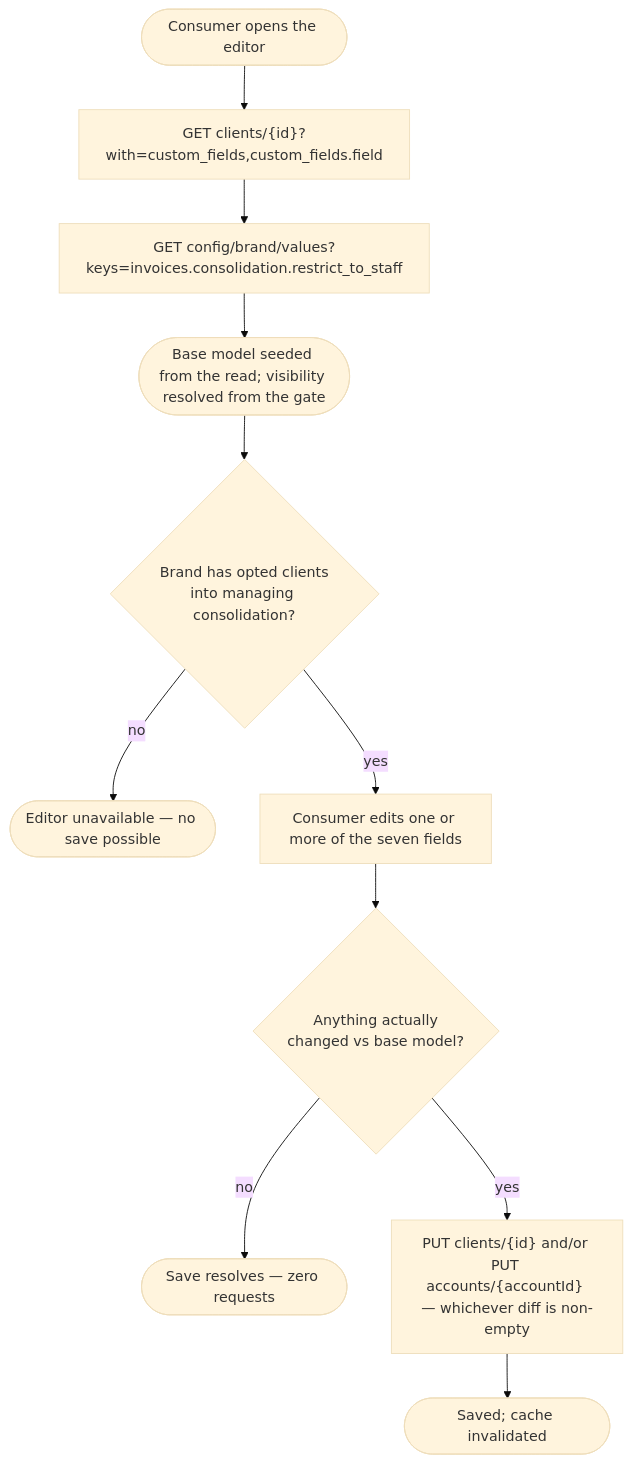
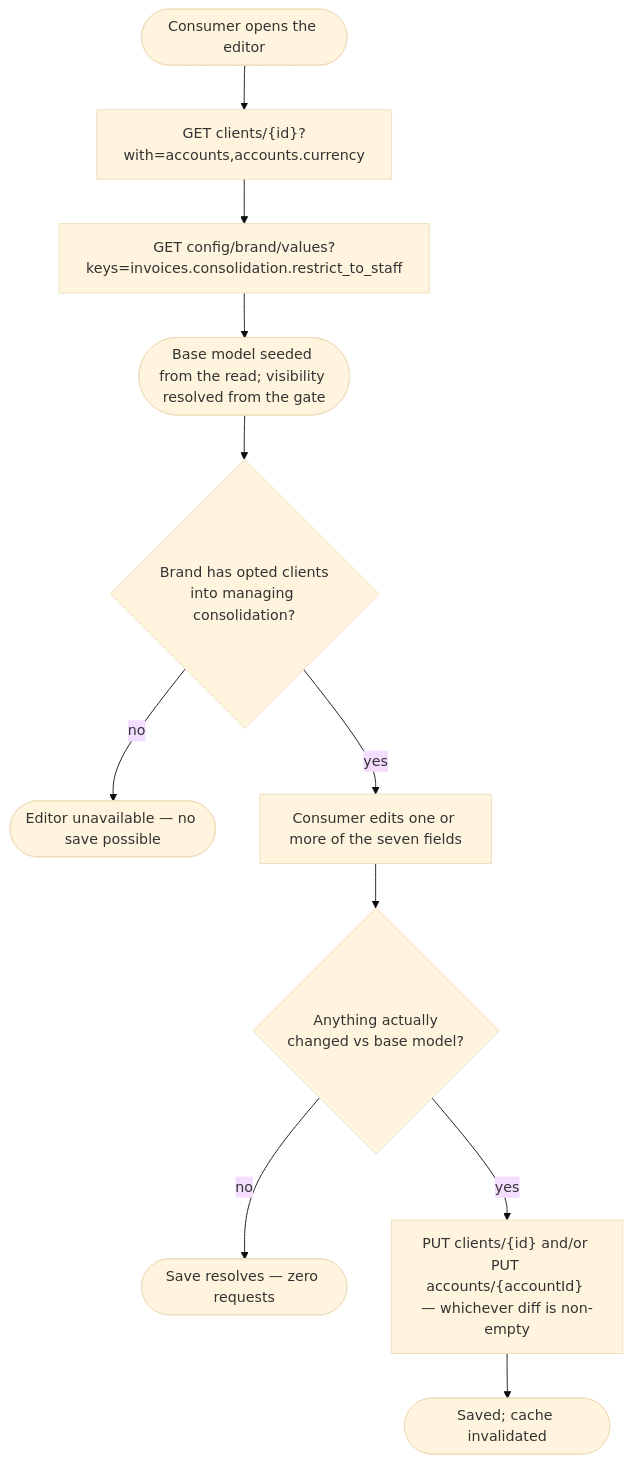
One commit to upmind/upmind-ui changed the first of 2 diagrams in packages/headless/src/modules/client-billing-settings/docs/foundation.md. Above: the diagram before and after it, drawn with Mermaid (base theme). The commit also changed other lines of this file and 806 other files, not shown here.

````diff
--- a/packages/headless/src/modules/client-billing-settings/docs/foundation.md
+++ b/packages/headless/src/modules/client-billing-settings/docs/foundation.md
@@ -270,13 +270,13 @@
 ```mermaid
 flowchart TD
-  start([Consumer opens the editor]) --> read["GET clients/{id}?with=custom_fields,custom_fields.field"]
+  start([Consumer opens the editor]) --> read["GET clients/{id}?with=accounts,accounts.currency"]
   read --> gate["GET config/brand/values?keys=invoices.consolidation.restrict_to_staff"]
   gate --> base(["Base model seeded from the read; visibility resolved from the gate"])
   base --> available{"Brand has opted clients<br/>into managing consolidation?"}
   available -- no --> locked(["Editor unavailable — no save possible"])
   available -- yes --> edit["Consumer edits one or more of the seven fields"]
   edit --> dirty{"Anything actually<br/>changed vs base model?"}
   dirty -- no --> noop(["Save resolves — zero requests"])
   dirty -- yes --> put["PUT clients/{id} and/or PUT accounts/{accountId} — whichever diff is non-empty"]
   put --> done(["Saved; cache invalidated"])
 ```
````
